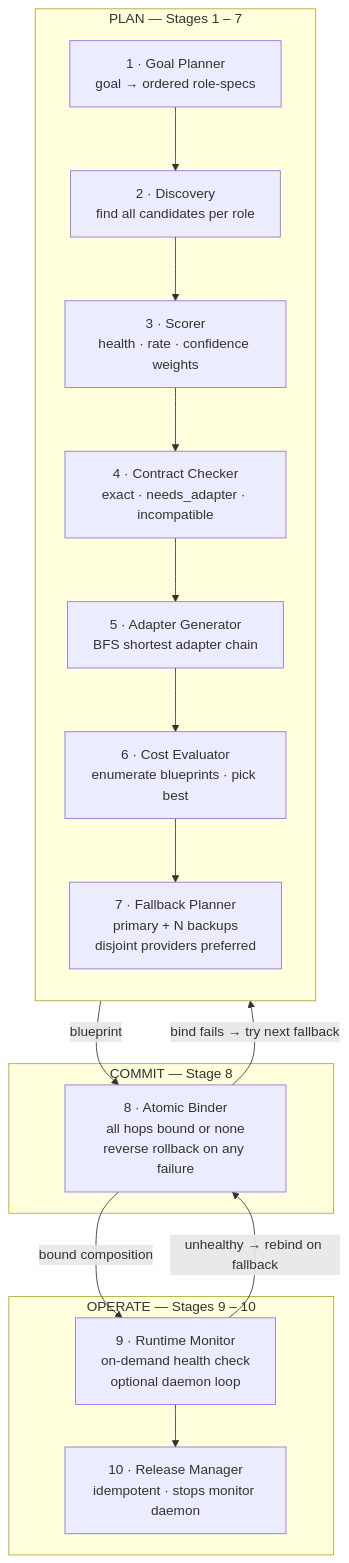
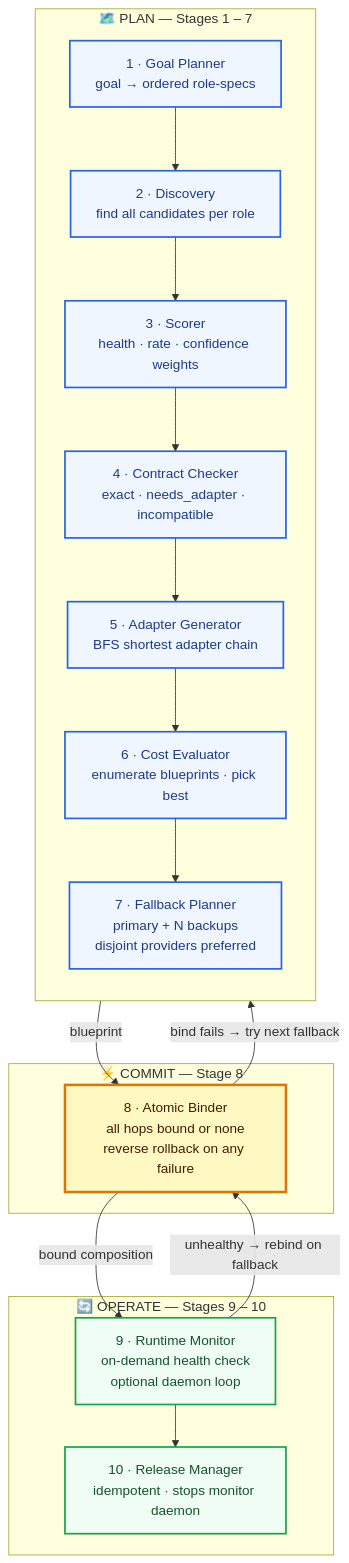
One commit to student-kshitish/device-to-agent changed the third of 5 diagrams in README.md. Above: the diagram before and after it, drawn with Mermaid. The commit also changed other lines of this file, not shown here.

Commit message:
Add comprehensive README with full system architecture

````diff
--- a/README.md
+++ b/README.md
@@ -116,29 +134,37 @@
 ```mermaid
 flowchart TB
-    subgraph PLAN["PLAN — Stages 1 – 7"]
+    subgraph PLAN["🗺️  PLAN — Stages 1 – 7"]
         direction TB
         S1["1 · Goal Planner\ngoal → ordered role-specs"]
         S2["2 · Discovery\nfind all candidates per role"]
         S3["3 · Scorer\nhealth · rate · confidence weights"]
         S4["4 · Contract Checker\nexact · needs_adapter · incompatible"]
         S5["5 · Adapter Generator\nBFS shortest adapter chain"]
         S6["6 · Cost Evaluator\nenumerate blueprints · pick best"]
         S7["7 · Fallback Planner\nprimary + N backups\ndisjoint providers preferred"]
         S1 --> S2 --> S3 --> S4 --> S5 --> S6 --> S7
     end
 
-    subgraph COMMIT["COMMIT — Stage 8"]
+    subgraph COMMIT["⚡  COMMIT — Stage 8"]
         S8["8 · Atomic Binder\nall hops bound or none\nreverse rollback on any failure"]
     end
 
-    subgraph OPERATE["OPERATE — Stages 9 – 10"]
+    subgraph OPERATE["🔄  OPERATE — Stages 9 – 10"]
         S9["9 · Runtime Monitor\non-demand health check\noptional daemon loop"]
         S10["10 · Release Manager\nidempotent · stops monitor daemon"]
     end
 
     S7 -->|"blueprint"| S8
     S8 -->|"bind fails → try next fallback"| S7
     S8 -->|"bound composition"| S9
     S9 -->|"unhealthy → rebind on fallback"| S8
     S9 --> S10
+
+    classDef planNode    fill:#eff6ff,stroke:#2563eb,stroke-width:2px,color:#1e3a8a
+    classDef commitNode  fill:#fef9c3,stroke:#d97706,stroke-width:3px,color:#451a03
+    classDef operateNode fill:#f0fdf4,stroke:#16a34a,stroke-width:2px,color:#14532d
+
+    class S1,S2,S3,S4,S5,S6,S7 planNode
+    class S8 commitNode
+    class S9,S10 operateNode
 ```
````
